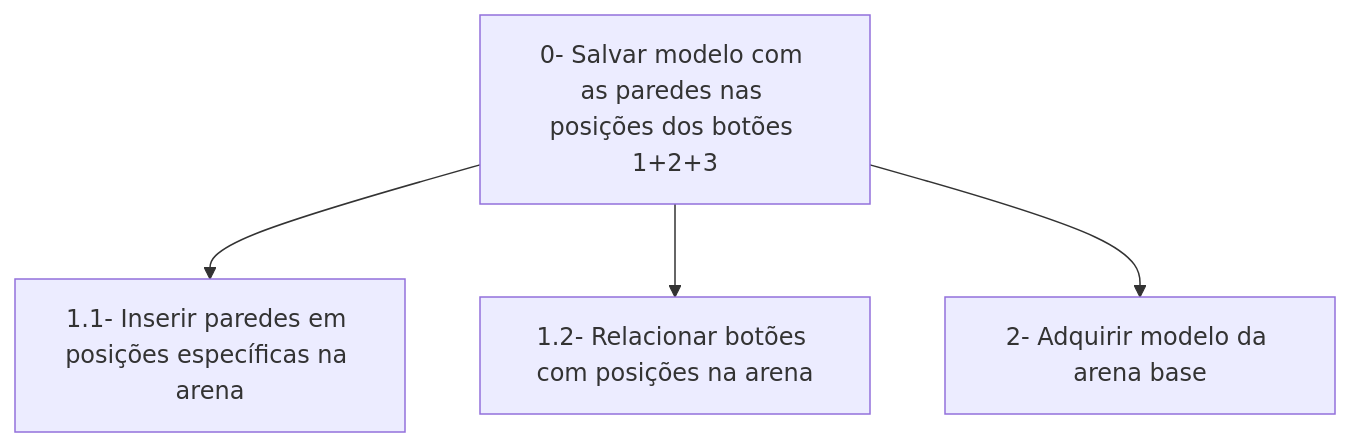
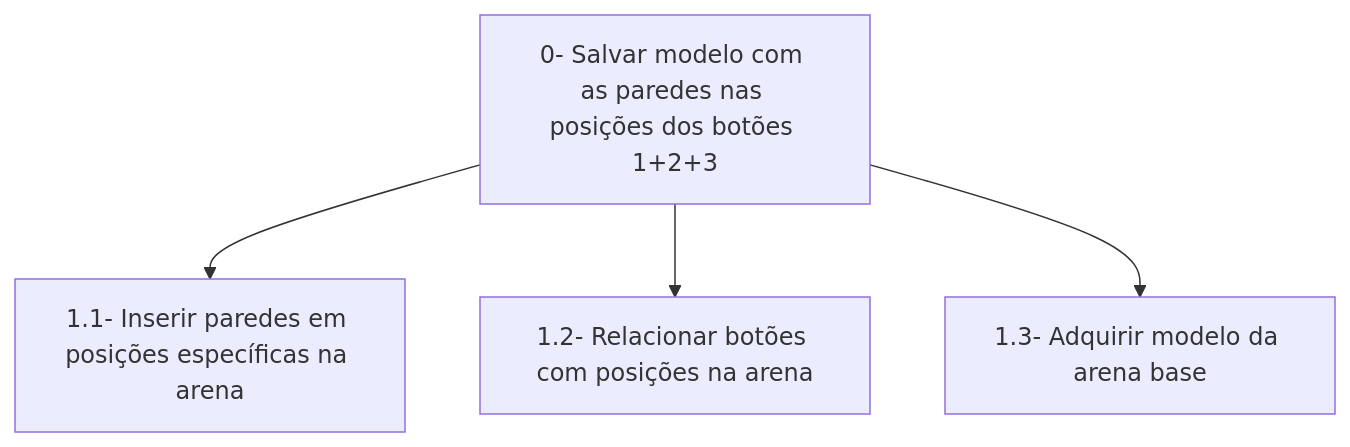
The second of 2 diagrams in Arquivos/Documentos/5_analise_tarefas.md (mdarce765/ProjetoIHC), drawn with Mermaid before and after one commit.

````diff
--- a/Arquivos/Documentos/5_analise_tarefas.md
+++ b/Arquivos/Documentos/5_analise_tarefas.md
@@ -26,12 +26,12 @@
 ```mermaid
 graph TD;
     
     id1[0- Salvar modelo com as paredes nas posições dos botões <br>1+2+3]
     id2[1.1- Inserir paredes em posições específicas na arena]
     id3[1.2- Relacionar botões com posições na arena]
-    id4[2- Adquirir modelo da arena base]
+    id4[1.3- Adquirir modelo da arena base]
     
     id1-->id2;
     id1-->id3;
     id1-->id4;
 ```
````
